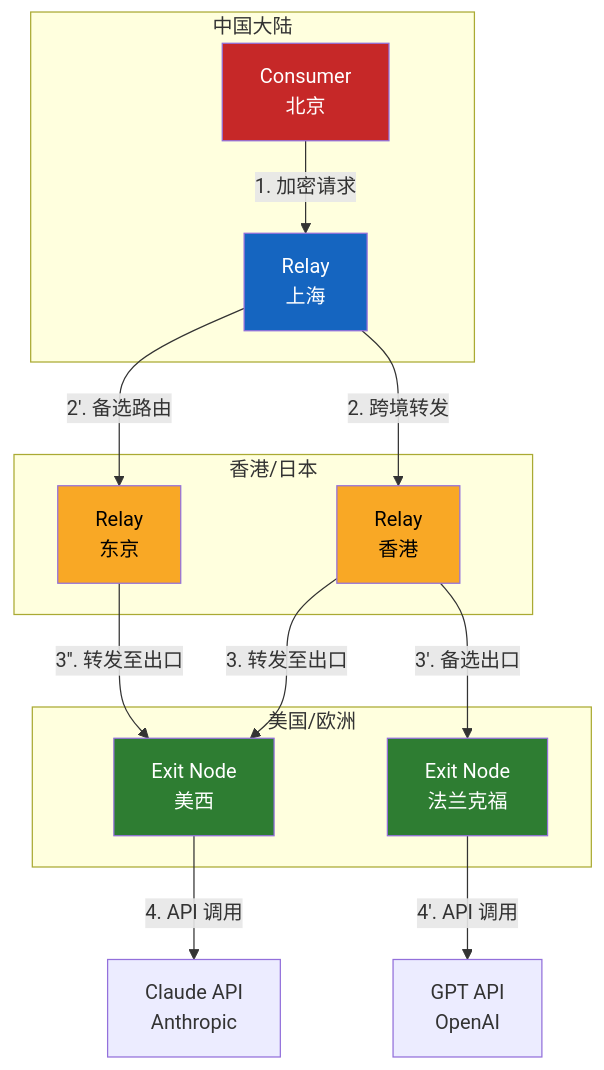
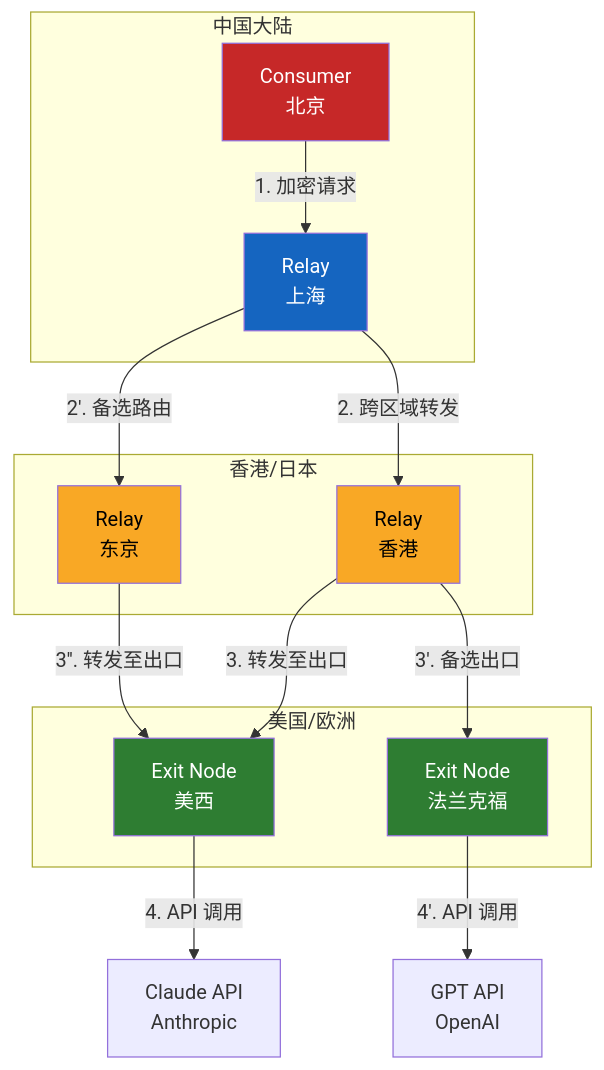
Before and after one commit to lisiyu/modelmux: the seventh of 8 diagrams in docs/ModelMux_P2P_Architecture.md, drawn with Mermaid. The commit also changed other lines of this file and 2 other files, not shown here.

````diff
--- a/docs/ModelMux_P2P_Architecture.md
+++ b/docs/ModelMux_P2P_Architecture.md
@@ -466,34 +466,34 @@
 ```mermaid
 graph TB
     subgraph "中国大陆"
         CN_C[Consumer<br/>北京]
         CN_R[Relay<br/>上海]
     end
     
     subgraph "香港/日本"
         HK_R[Relay<br/>香港]
         JP_R[Relay<br/>东京]
     end
     
     subgraph "美国/欧洲"
         US_E[Exit Node<br/>美西]
         EU_E[Exit Node<br/>法兰克福]
     end
     
     CN_C -->|1. 加密请求| CN_R
-    CN_R -->|2. 跨境转发| HK_R
+    CN_R -->|2. 跨区域转发| HK_R
     CN_R -->|2'. 备选路由| JP_R
     HK_R -->|3. 转发至出口| US_E
     HK_R -->|3'. 备选出口| EU_E
     JP_R -->|3''. 转发至出口| US_E
     
     US_E -->|4. API 调用| API1[Claude API<br/>Anthropic]
     EU_E -->|4'. API 调用| API2[GPT API<br/>OpenAI]
     
     style CN_C fill:#C62828,color:#fff
     style CN_R fill:#1565C0,color:#fff
     style HK_R fill:#F9A825,color:#000
     style JP_R fill:#F9A825,color:#000
     style US_E fill:#2E7D32,color:#fff
     style EU_E fill:#2E7D32,color:#fff
 ```
````
